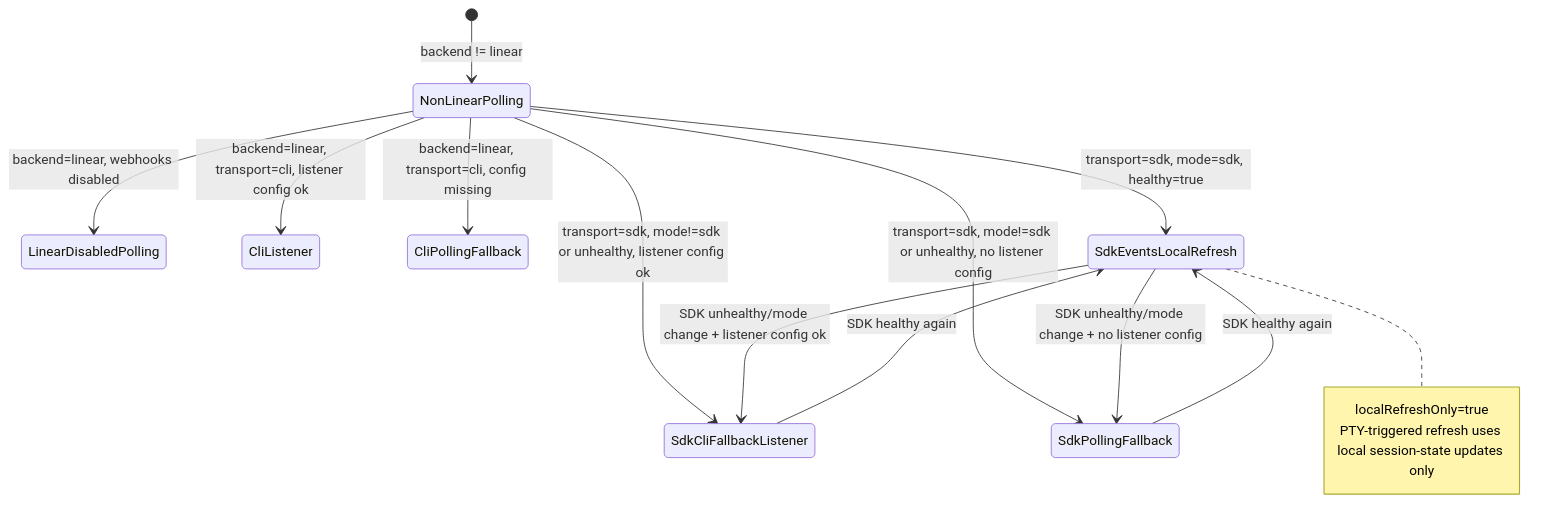
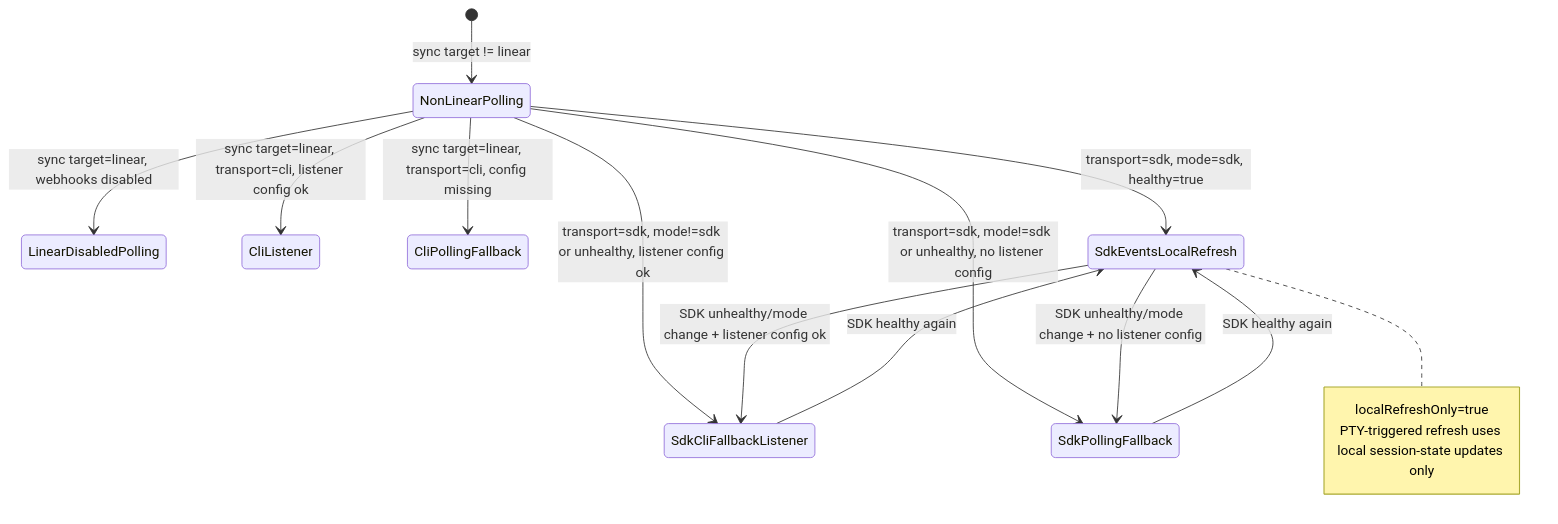
The fifth of 6 diagrams in ts-opentui/docs/external-sync-backend-internals.md (riordanpawley/azedarach), drawn with Mermaid before and after one commit. The commit also changed other lines of this file and 5 other files, not shown here.

````diff
--- a/ts-opentui/docs/external-sync-backend-internals.md
+++ b/ts-opentui/docs/external-sync-backend-internals.md
@@ -171,22 +171,22 @@
 ```mermaid
 stateDiagram-v2
-  [*] --> NonLinearPolling: backend != linear
+  [*] --> NonLinearPolling: sync target != linear
 
-  NonLinearPolling --> LinearDisabledPolling: backend=linear, webhooks disabled
-  NonLinearPolling --> CliListener: backend=linear, transport=cli, listener config ok
-  NonLinearPolling --> CliPollingFallback: backend=linear, transport=cli, config missing
+  NonLinearPolling --> LinearDisabledPolling: sync target=linear, webhooks disabled
+  NonLinearPolling --> CliListener: sync target=linear, transport=cli, listener config ok
+  NonLinearPolling --> CliPollingFallback: sync target=linear, transport=cli, config missing
 
   NonLinearPolling --> SdkEventsLocalRefresh: transport=sdk, mode=sdk, healthy=true
   NonLinearPolling --> SdkCliFallbackListener: transport=sdk, mode!=sdk or unhealthy, listener config ok
   NonLinearPolling --> SdkPollingFallback: transport=sdk, mode!=sdk or unhealthy, no listener config
 
   SdkEventsLocalRefresh --> SdkCliFallbackListener: SDK unhealthy/mode change + listener config ok
   SdkEventsLocalRefresh --> SdkPollingFallback: SDK unhealthy/mode change + no listener config
   SdkCliFallbackListener --> SdkEventsLocalRefresh: SDK healthy again
   SdkPollingFallback --> SdkEventsLocalRefresh: SDK healthy again
 
   note right of SdkEventsLocalRefresh
     localRefreshOnly=true
     PTY-triggered refresh uses local session-state updates only
   end note
 ```
````
